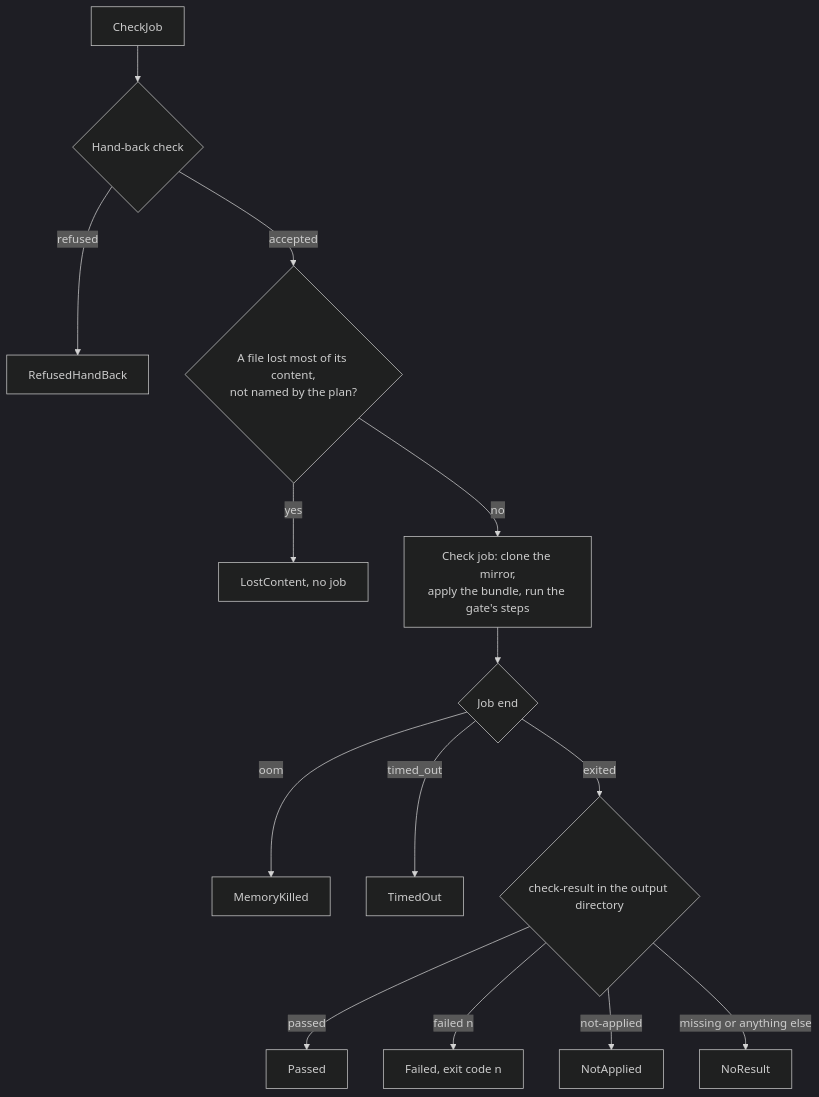
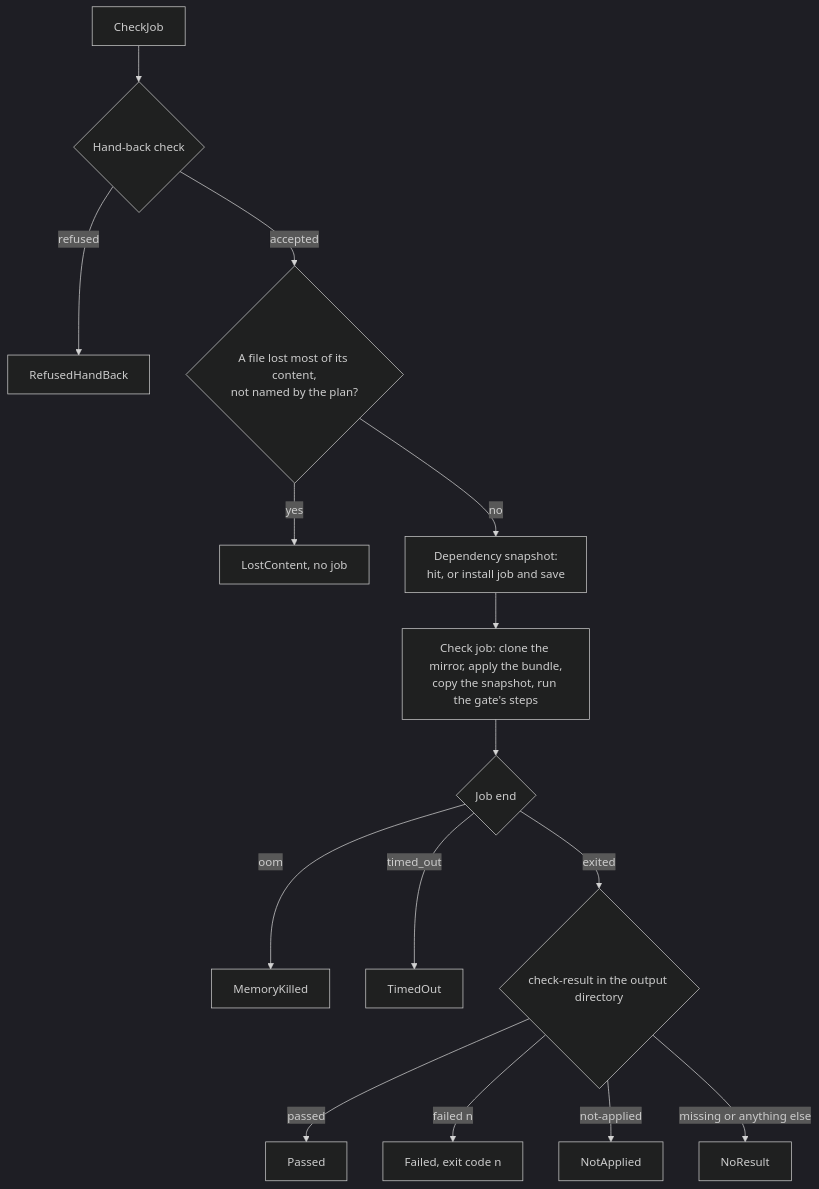
The diagram in docs/architecture/check-job.md (shinyredapples/intakt), drawn with Mermaid (dark theme) before and after one commit. The commit also changed other lines of this file and 5 other files, not shown here.

Commit message:
docs(check): describe the dependency snapshot store, its trust rule and the kept directory

````diff
--- a/docs/architecture/check-job.md
+++ b/docs/architecture/check-job.md
@@ -9,16 +9,17 @@
 ```mermaid
 flowchart TD
   start[CheckJob] --> handBack{Hand-back check}
   handBack -- refused --> refused[RefusedHandBack]
   handBack -- accepted --> lost{A file lost most of its content,<br/>not named by the plan?}
   lost -- yes --> lostContent[LostContent, no job]
-  lost -- no --> job[Check job: clone the mirror,<br/>apply the bundle, run the gate's steps]
+  lost -- no --> snapshot[Dependency snapshot:<br/>hit, or install job and save]
+  snapshot --> job[Check job: clone the mirror, apply the bundle,<br/>copy the snapshot, run the gate's steps]
   job --> cause{Job end}
   cause -- oom --> oom[MemoryKilled]
   cause -- timed_out --> timedOut[TimedOut]
   cause -- exited --> result{check-result in the output directory}
   result -- passed --> passed[Passed]
   result -- "failed n" --> failed[Failed, exit code n]
   result -- not-applied --> notApplied[NotApplied]
   result -- "missing or anything else" --> noResult[NoResult]
 ```
````
